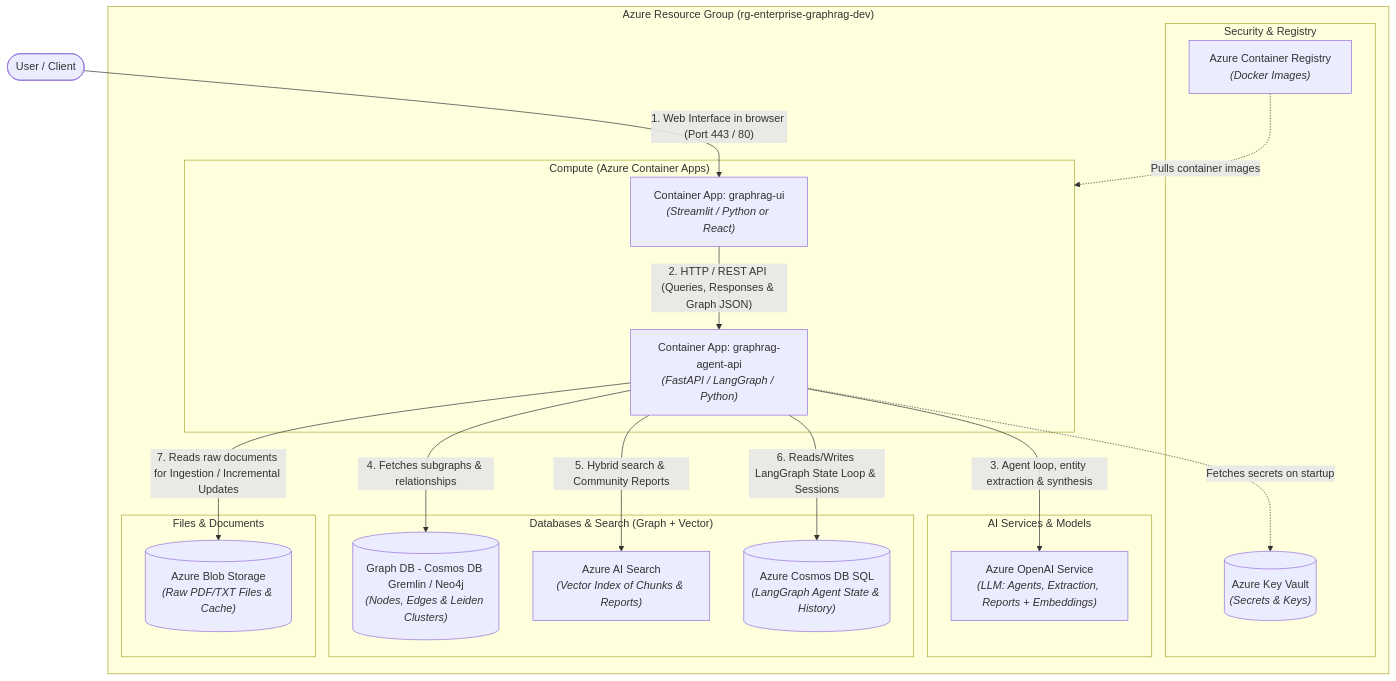
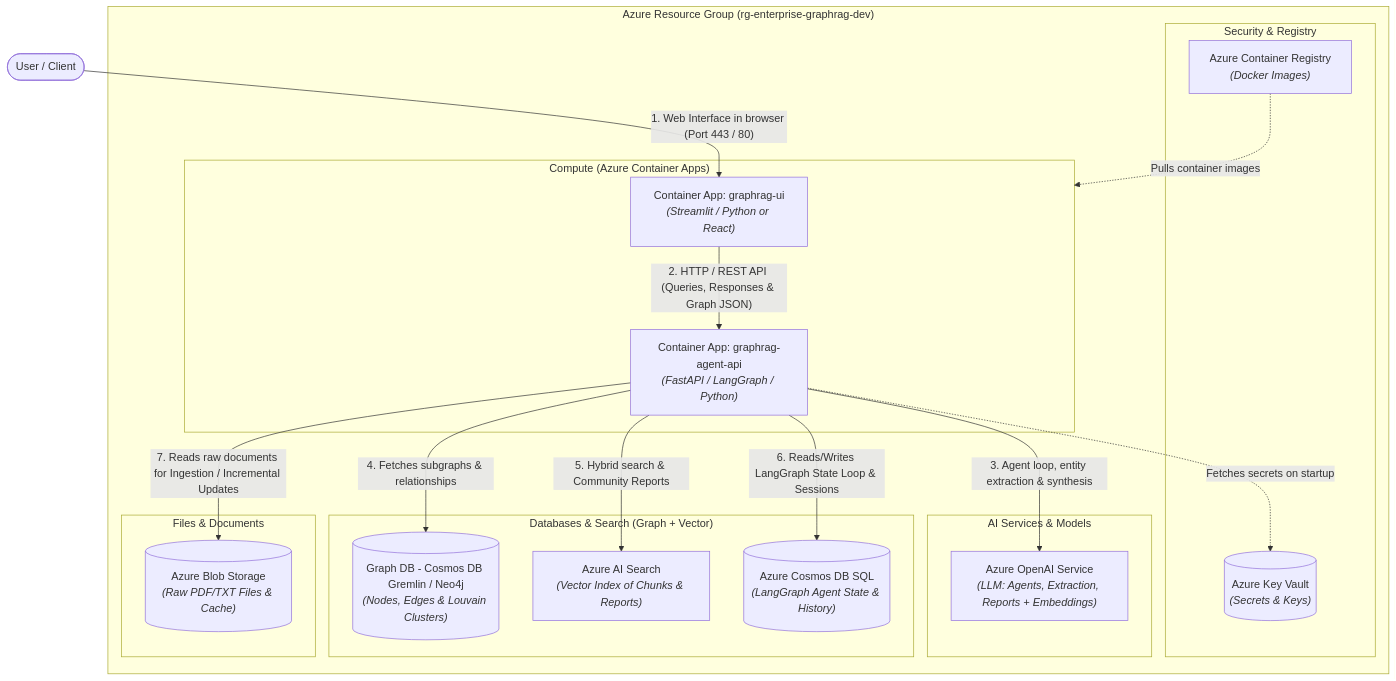
The second of 4 diagrams in README.md (sebastianbrzustowicz/Agentic-GraphRAG-Blueprint), drawn with Mermaid before and after one commit. The commit also changed other lines of this file, not shown here.

````diff
--- a/README.md
+++ b/README.md
@@ -22,42 +22,42 @@
 ```mermaid
 flowchart TD
     User([User / Client])
 
     subgraph Azure ["Azure Resource Group (rg-enterprise-graphrag-dev)"]
         
         subgraph Compute ["Compute (Azure Container Apps)"]
             UI["Container App: graphrag-ui<br/><i>(Streamlit / Python or React)</i>"]
             API["Container App: graphrag-agent-api<br/><i>(FastAPI / LangGraph / Python)</i>"]
         end
 
         subgraph Security ["Security & Registry"]
             KV[("Azure Key Vault<br/><i>(Secrets & Keys)</i>")]
             ACR["Azure Container Registry<br/><i>(Docker Images)</i>"]
         end
 
         subgraph AIServices ["AI Services & Models"]
             AOAI["Azure OpenAI Service<br/><i>(LLM: Agents, Extraction, Reports + Embeddings)</i>"]
         end
 
         subgraph Databases ["Databases & Search (Graph + Vector)"]
-            GraphDB[("Graph DB - Cosmos DB Gremlin / Neo4j<br/><i>(Nodes, Edges & Leiden Clusters)</i>")]
+            GraphDB[("Graph DB - Cosmos DB Gremlin / Neo4j<br/><i>(Nodes, Edges & Louvain Clusters)</i>")]
             Search["Azure AI Search<br/><i>(Vector Index of Chunks & Reports)</i>"]
             StateDB[("Azure Cosmos DB SQL<br/><i>(LangGraph Agent State & History)</i>")]
         end
 
         subgraph StorageData ["Files & Documents"]
             Blob[("Azure Blob Storage<br/><i>(Raw PDF/TXT Files & Cache)</i>")]
         end
     end
 
     User -->|"1. Web Interface in browser (Port 443 / 80)"| UI
     UI -->|"2. HTTP / REST API (Queries, Responses & Graph JSON)"| API
     ACR -.->|"Pulls container images"| Compute
     API -.->|"Fetches secrets on startup"| KV
     
     API -->|"3. Agent loop, entity extraction & synthesis"| AOAI
     API -->|"4. Fetches subgraphs & relationships"| GraphDB
     API -->|"5. Hybrid search & Community Reports"| Search
     API -->|"6. Reads/Writes LangGraph State Loop & Sessions"| StateDB
     API -->|"7. Reads raw documents for Ingestion / Incremental Updates"| Blob
 ```
````
